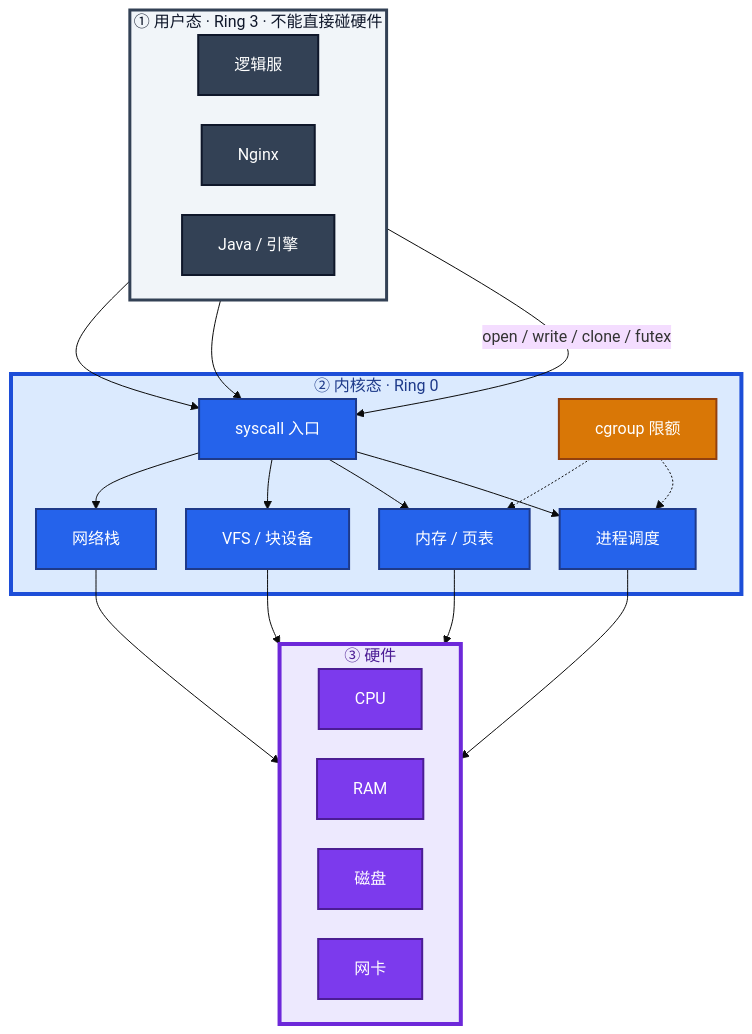
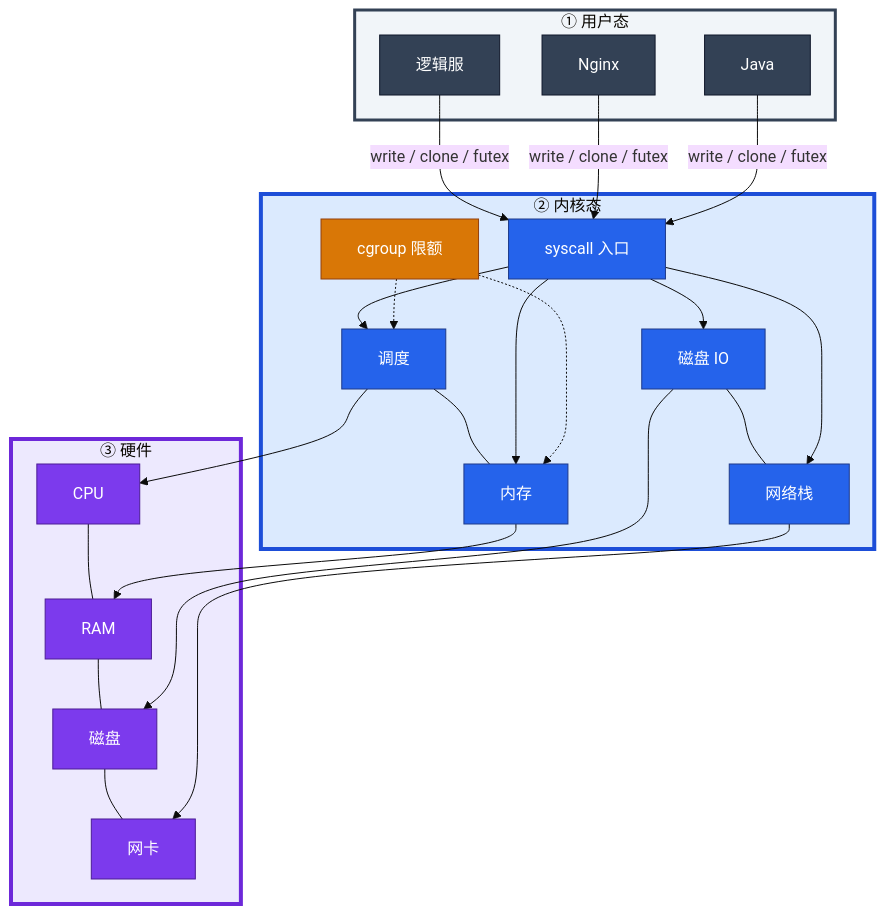
One commit to ml-cuizijun/LearnToLilith changed the second of 11 diagrams in 02-基础底座/01-内核与系统/知识点.md. Above: the diagram before and after it, drawn with Mermaid. The commit also changed other lines of this file and 213 other files, not shown here.

````diff
--- a/02-基础底座/01-内核与系统/知识点.md
+++ b/02-基础底座/01-内核与系统/知识点.md
@@ -89,54 +83,41 @@
 ```mermaid
 %%{init: {"flowchart": {"padding": 18, "nodeSpacing": 30, "rankSpacing": 50}, "theme": "base"}}%%
 flowchart TB
-    subgraph user ["① 用户态 · Ring 3 · 不能直接碰硬件"]
-        direction LR
+    subgraph user ["① 用户态"]
         logic[逻辑服]
         nginx[Nginx]
-        java[Java / 引擎]
+        java[Java]
     end
 
-    subgraph kernel ["② 内核态 · Ring 0"]
-        sys["syscall 入口"]
-        sched[进程调度]
-        mm[内存 / 页表]
-        vfs[VFS / 块设备]
-        net[网络栈]
+    subgraph kernel ["② 内核态"]
+        sys[syscall 入口]
+        sched[调度] --- mm[内存]
+        vfs[磁盘 IO] --- net[网络栈]
         cg[cgroup 限额]
-        sys --> sched
-        sys --> mm
-        sys --> vfs
-        sys --> net
-        cg -.-> sched
-        cg -.-> mm
+        sys --> sched & mm & vfs & net
+        cg -.-> sched & mm
     end
 
     subgraph hw ["③ 硬件"]
-        direction LR
-        cpu[CPU]
-        ram[RAM]
-        disk[磁盘]
-        nic[网卡]
+        cpu[CPU] --- ram[RAM] --- disk[磁盘] --- nic[网卡]
     end
 
-    logic -->|"open / write / clone / futex"| sys
-    nginx --> sys
-    java --> sys
+    logic & nginx & java -->|write / clone / futex| sys
     sched --> cpu
     mm --> ram
     vfs --> disk
     net --> nic
 
-    classDef userN fill:#334155,stroke:#0F172A,stroke-width:2px,color:#fff
-    classDef kern fill:#2563EB,stroke:#1E3A8A,stroke-width:2px,color:#fff
-    classDef hard fill:#7C3AED,stroke:#4C1D95,stroke-width:2px,color:#fff
-    classDef limit fill:#D97706,stroke:#92400E,stroke-width:2px,color:#fff
+    classDef userN fill:#334155,stroke:#0F172A,color:#fff
+    classDef kern fill:#2563EB,stroke:#1E3A8A,color:#fff
+    classDef hard fill:#7C3AED,stroke:#4C1D95,color:#fff
+    classDef limit fill:#D97706,stroke:#92400E,color:#fff
     class logic,nginx,java userN
     class sys,sched,mm,vfs,net kern
     class cpu,ram,disk,nic hard
     class cg limit
 
-    style user fill:#F1F5F9,stroke:#334155,stroke-width:3px,color:#0F172A
-    style kernel fill:#DBEAFE,stroke:#1D4ED8,stroke-width:4px,color:#1E3A8A
-    style hw fill:#EDE9FE,stroke:#6D28D9,stroke-width:4px,color:#4C1D95
+    style user fill:#F1F5F9,stroke:#334155,stroke-width:3px
+    style kernel fill:#DBEAFE,stroke:#1D4ED8,stroke-width:4px
+    style hw fill:#EDE9FE,stroke:#6D28D9,stroke-width:4px
 ```
````
